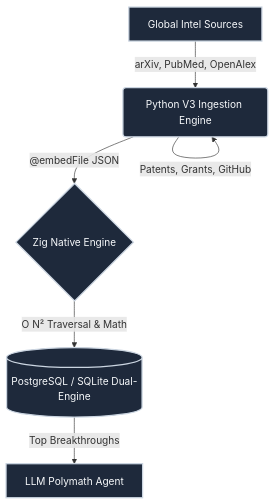
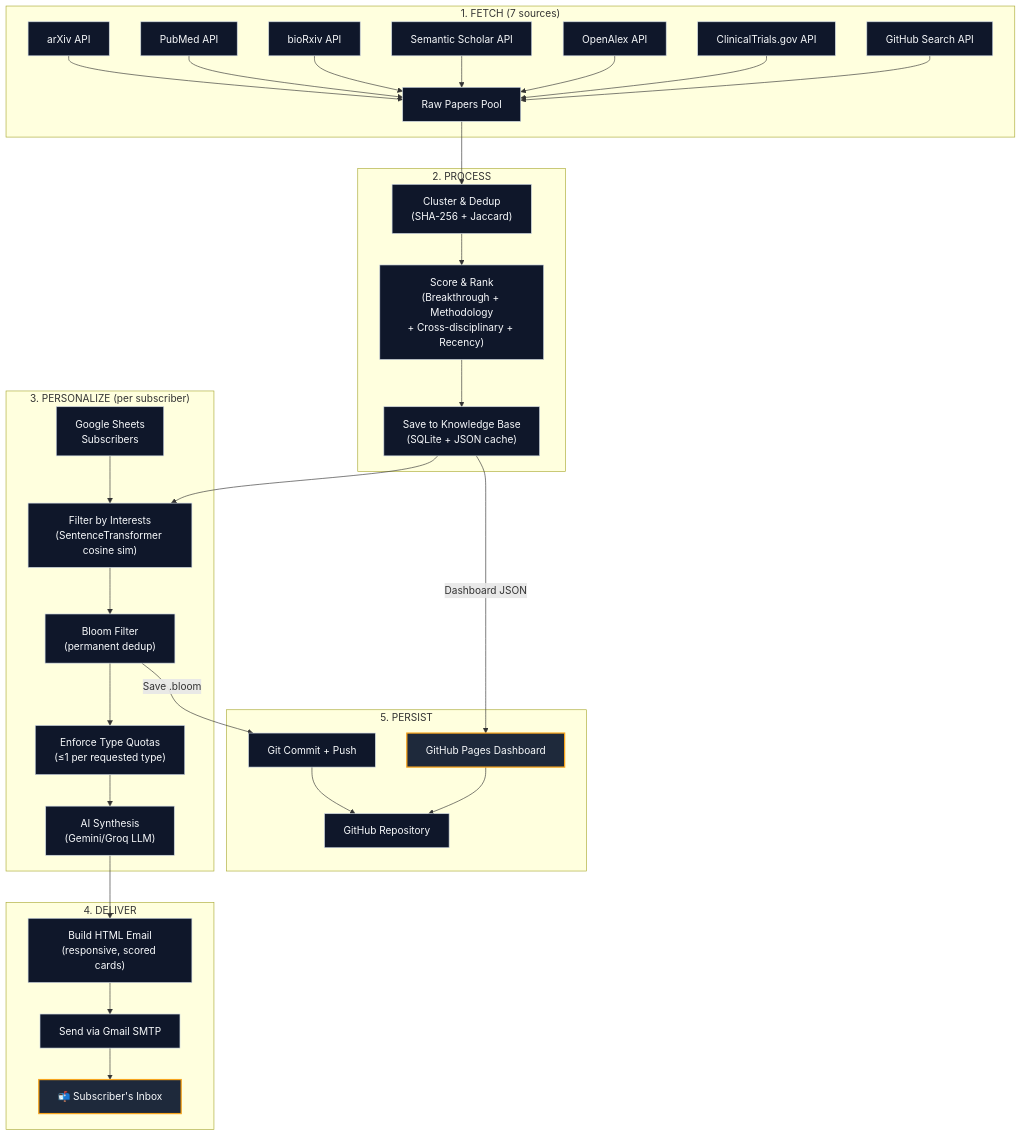
One commit to Noetica-Intelligence/Noetica changed the second of 2 diagrams in README.md. Above: the diagram before and after it, drawn with Mermaid.

Commit message:
docs: replace architecture diagram with highly detailed artifact data flow graph

````diff
--- a/README.md
+++ b/README.md
@@ -63,13 +63,44 @@
 ```mermaid
-graph TD
+flowchart TD
     %% Styling
-    classDef default fill:#1e293b,stroke:#cbd5e1,stroke-width:2px,color:#f8fafc;
-    classDef native fill:#0f172a,stroke:#F7A41D,stroke-width:3px,color:#f8fafc;
-    classDef db fill:#0369a1,stroke:#bae6fd,stroke-width:2px,color:#ffffff;
-    
-    A[Global Intel Sources] -->|"arXiv, PubMed, OpenAlex"| B(Python V3 Ingestion Engine)
-    B -->|"Patents, Grants, GitHub"| B
-    B -->|"@embedFile JSON"| C{Zig Native Engine}
-    C -->|"O N² Traversal & Math"| D[(PostgreSQL / SQLite Dual-Engine)]
-    D -->|"Top Breakthroughs"| E[LLM Polymath Agent]
+    classDef default fill:#0f172a,stroke:#cbd5e1,stroke-width:1px,color:#f8fafc;
+    classDef highlight fill:#1e293b,stroke:#F7A41D,stroke-width:2px,color:#f8fafc;
+    classDef endpoint fill:#0369a1,stroke:#bae6fd,stroke-width:2px,color:#ffffff;
+
+    subgraph "1. FETCH (7 sources)"
+        A1[arXiv API] --> P[Raw Papers Pool]
+        A2[PubMed API] --> P
+        A3[bioRxiv API] --> P
+        A4[Semantic Scholar API] --> P
+        A5[OpenAlex API] --> P
+        A6[ClinicalTrials.gov API] --> P
+        A7[GitHub Search API] --> P
+    end
+
+    subgraph "2. PROCESS"
+        P --> C["Cluster & Dedup<br/>(SHA-256 + Jaccard)"]
+        C --> S["Score & Rank<br/>(Breakthrough + Methodology<br/>+ Cross-disciplinary + Recency)"]
+        S --> KB["Save to Knowledge Base<br/>(SQLite + JSON cache)"]
+    end
+
+    subgraph "3. PERSONALIZE (per subscriber)"
+        GS["Google Sheets<br/>Subscribers"] --> F
+        KB --> F["Filter by Interests<br/>(SentenceTransformer cosine sim)"]
+        F --> BF["Bloom Filter<br/>(permanent dedup)"]
+        BF --> Q["Enforce Type Quotas<br/>(≤1 per requested type)"]
+        Q --> AI["AI Synthesis<br/>(Gemini/Groq LLM)"]
+    end
+
+    subgraph "4. DELIVER"
+        AI --> HTML["Build HTML Email<br/>(responsive, scored cards)"]
+        HTML --> SMTP["Send via Gmail SMTP"]
+        SMTP --> INBOX["📬 Subscriber's Inbox"]:::highlight
+    end
+
+    subgraph "5. PERSIST"
+        BF -->|"Save .bloom"| GIT["Git Commit + Push"]
+        KB -->|"Dashboard JSON"| DASH["GitHub Pages Dashboard"]:::highlight
+        GIT --> REPO["GitHub Repository"]
+        DASH --> REPO
+    end
 ```
````
